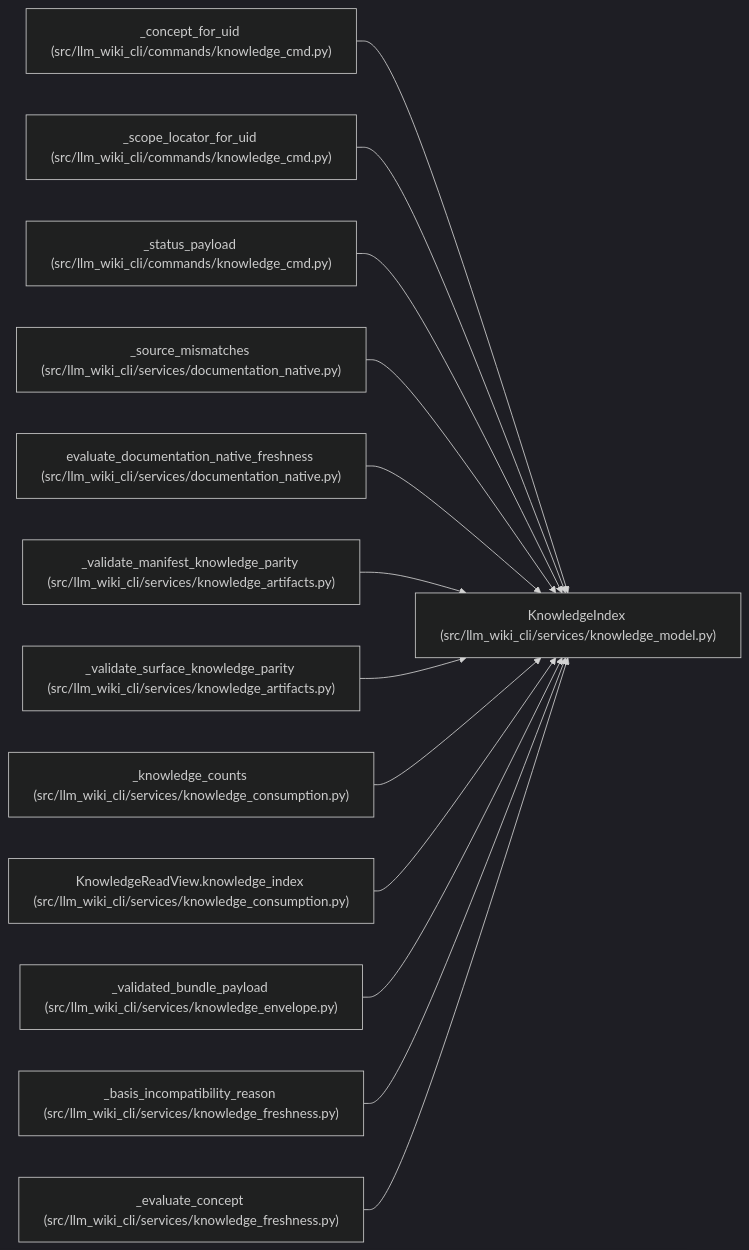
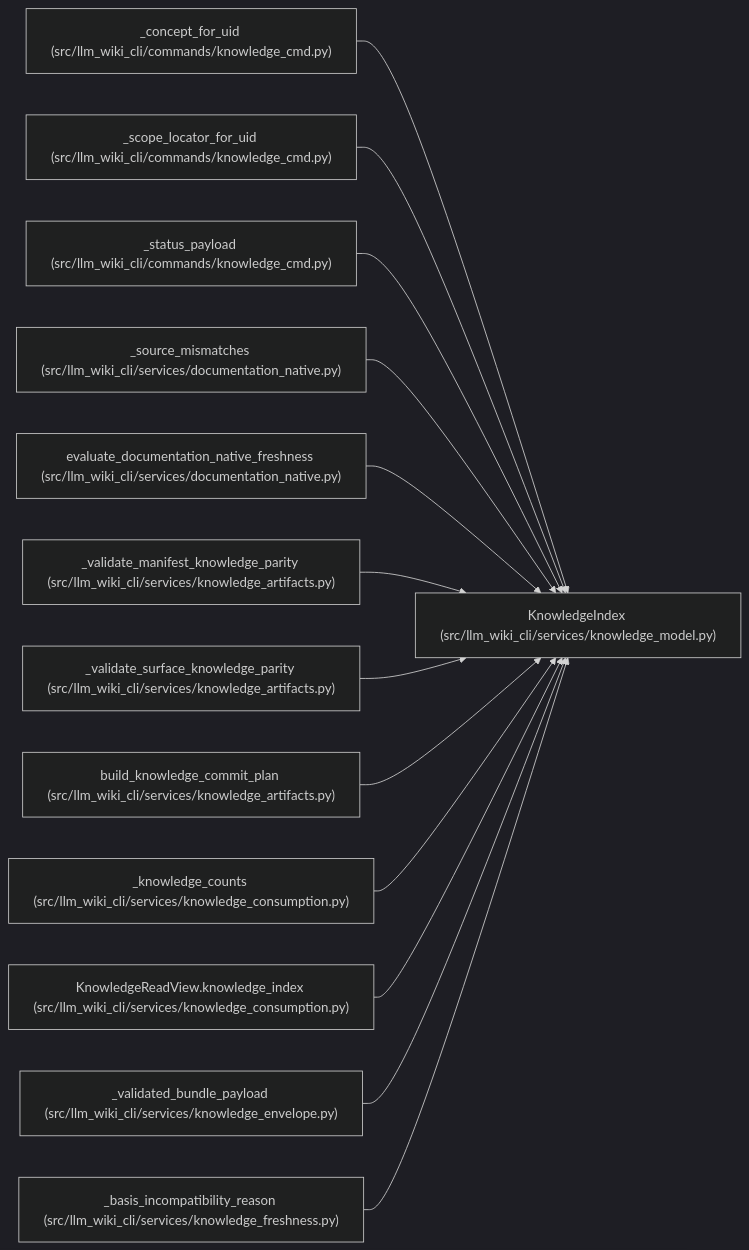
Before and after one commit to Denissvgn/python-wiki-llm: the diagram in docs/llm_wiki/entities/KnowledgeIndex.md, drawn with Mermaid (dark theme). The commit also changed other lines of this file and 865 other files, not shown here.

````diff
--- a/docs/llm_wiki/entities/KnowledgeIndex.md
+++ b/docs/llm_wiki/entities/KnowledgeIndex.md
@@ -35,41 +35,41 @@
 ```mermaid
 flowchart LR
     n0["KnowledgeIndex (src/llm_wiki_cli/services/knowledge_model.py)"]
     n1["_concept_for_uid (src/llm_wiki_cli/commands/knowledge_cmd.py)"]
     n2["_scope_locator_for_uid (src/llm_wiki_cli/commands/knowledge_cmd.py)"]
     n3["_status_payload (src/llm_wiki_cli/commands/knowledge_cmd.py)"]
     n4["_source_mismatches (src/llm_wiki_cli/services/documentation_native.py)"]
     n5["evaluate_documentation_native_freshness (src/llm_wiki_cli/services/documentation_native.py)"]
     n6["_validate_manifest_knowledge_parity (src/llm_wiki_cli/services/knowledge_artifacts.py)"]
     n7["_validate_surface_knowledge_parity (src/llm_wiki_cli/services/knowledge_artifacts.py)"]
-    n8["_knowledge_counts (src/llm_wiki_cli/services/knowledge_consumption.py)"]
-    n9["KnowledgeReadView.knowledge_index (src/llm_wiki_cli/services/knowledge_consumption.py)"]
-    n10["_validated_bundle_payload (src/llm_wiki_cli/services/knowledge_envelope.py)"]
-    n11["_basis_incompatibility_reason (src/llm_wiki_cli/services/knowledge_freshness.py)"]
-    n12["_evaluate_concept (src/llm_wiki_cli/services/knowledge_freshness.py)"]
+    n8["build_knowledge_commit_plan (src/llm_wiki_cli/services/knowledge_artifacts.py)"]
+    n9["_knowledge_counts (src/llm_wiki_cli/services/knowledge_consumption.py)"]
+    n10["KnowledgeReadView.knowledge_index (src/llm_wiki_cli/services/knowledge_consumption.py)"]
+    n11["_validated_bundle_payload (src/llm_wiki_cli/services/knowledge_envelope.py)"]
+    n12["_basis_incompatibility_reason (src/llm_wiki_cli/services/knowledge_freshness.py)"]
     n1 --> n0
     n2 --> n0
     n3 --> n0
     n4 --> n0
     n5 --> n0
     n6 --> n0
     n7 --> n0
     n8 --> n0
     n9 --> n0
     n10 --> n0
     n11 --> n0
     n12 --> n0
     click n0 "../modules/knowledge_model.md"
     click n1 "../modules/knowledge_cmd.md"
     click n2 "../modules/knowledge_cmd.md"
     click n3 "../modules/knowledge_cmd.md"
     click n4 "../modules/documentation_native.md"
     click n5 "../modules/documentation_native.md"
     click n6 "../modules/knowledge_artifacts.md"
     click n7 "../modules/knowledge_artifacts.md"
-    click n8 "../modules/knowledge_consumption.md"
+    click n8 "../modules/knowledge_artifacts.md"
     click n9 "../modules/knowledge_consumption.md"
-    click n10 "../modules/knowledge_envelope.md"
-    click n11 "../modules/knowledge_freshness.md"
+    click n10 "../modules/knowledge_consumption.md"
+    click n11 "../modules/knowledge_envelope.md"
     click n12 "../modules/knowledge_freshness.md"
 ```
````
